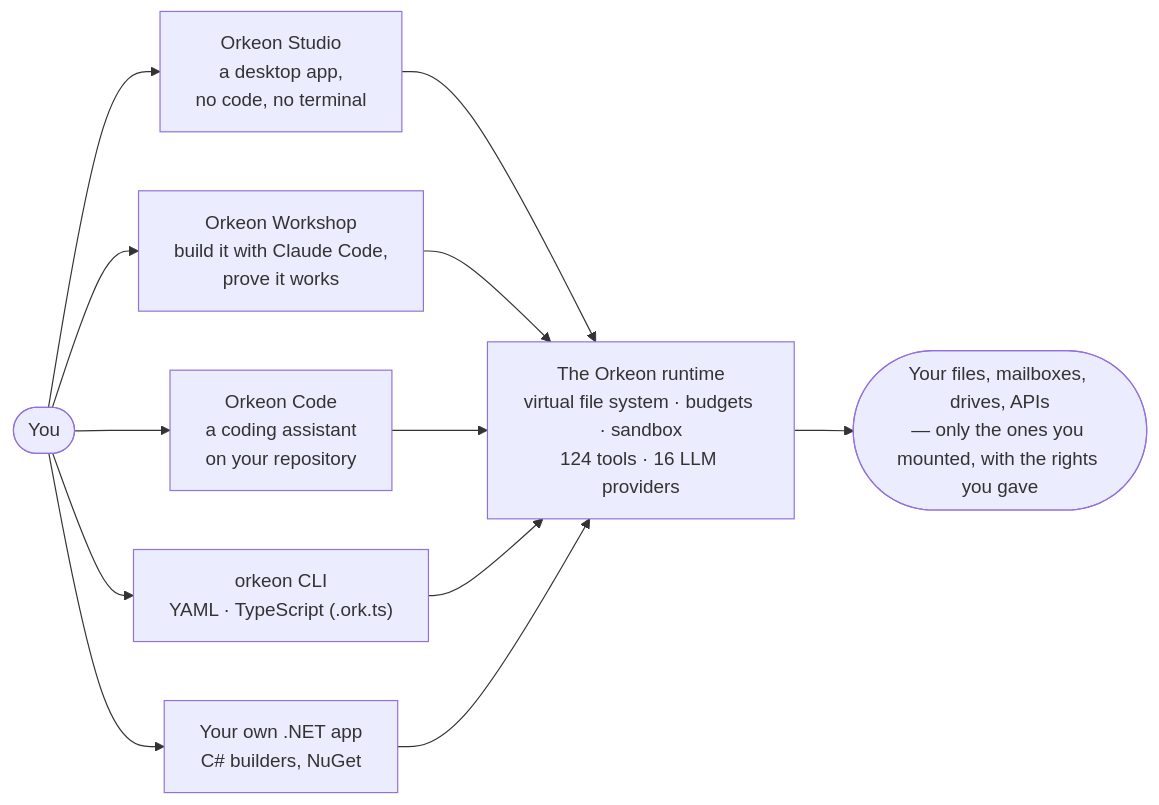
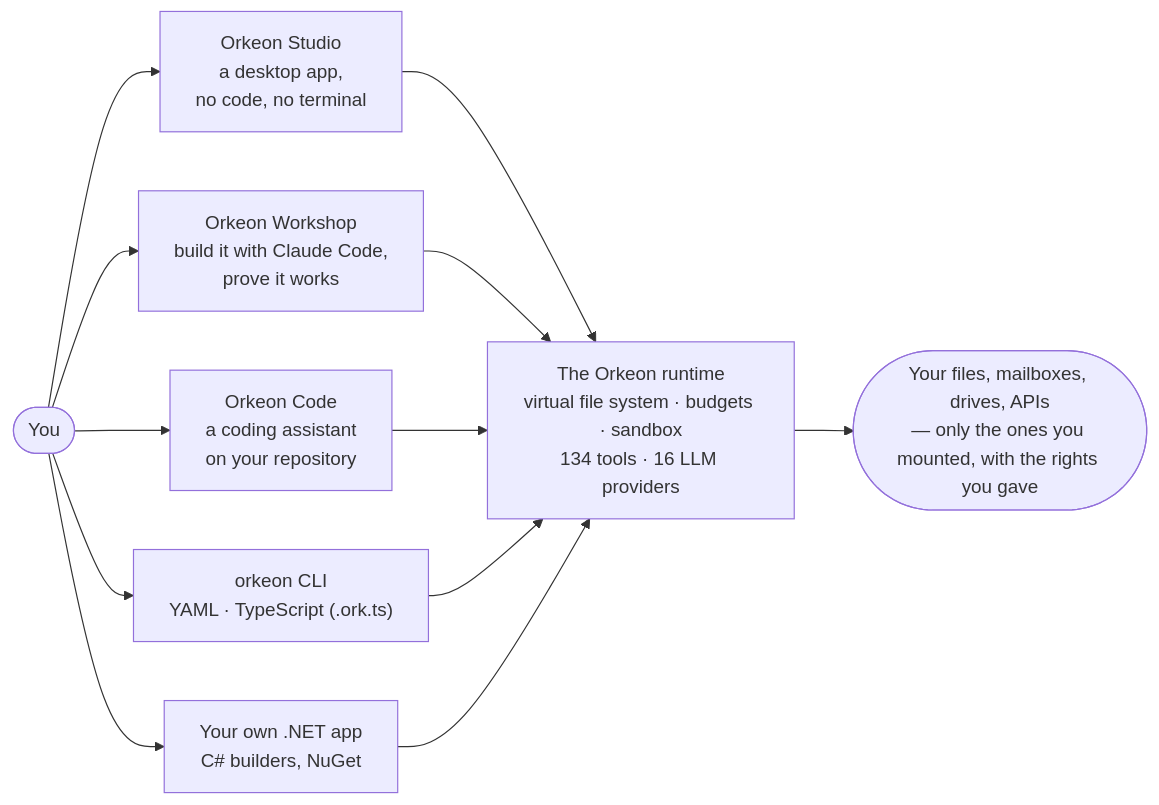
Before and after one commit to Orkeon/orkeon: the diagram in README.md, drawn with Mermaid. The commit also changed other lines of this file and 272 other files, not shown here.

First line of the commit message:
feat(tools): the chat_* family, Microsoft Teams first, and the Teams channel of orkeon-host (#446) (#480)

````diff
--- a/README.md
+++ b/README.md
@@ -43,10 +43,10 @@
 ```mermaid
 flowchart LR
     you(["You"]) --> workshop["Orkeon Workshop<br/>build it with Claude Code,<br/>prove it works"]
     you --> studio["Orkeon Studio<br/>a desktop app,<br/>no code, no terminal"]
     you --> code["Orkeon Code<br/>a coding assistant<br/>on your repository"]
     you --> cli["orkeon CLI<br/>YAML · TypeScript (.ork.ts)"]
     you --> app["Your own .NET app<br/>C# builders, NuGet"]
-    studio & workshop & code & cli & app --> runtime["The Orkeon runtime<br/>virtual file system · budgets · sandbox<br/>124 tools · 16 LLM providers"]
+    studio & workshop & code & cli & app --> runtime["The Orkeon runtime<br/>virtual file system · budgets · sandbox<br/>134 tools · 16 LLM providers"]
     runtime --> world(["Your files, mailboxes, drives, APIs<br/>— only the ones you mounted, with the rights you gave"])
 ```
````
